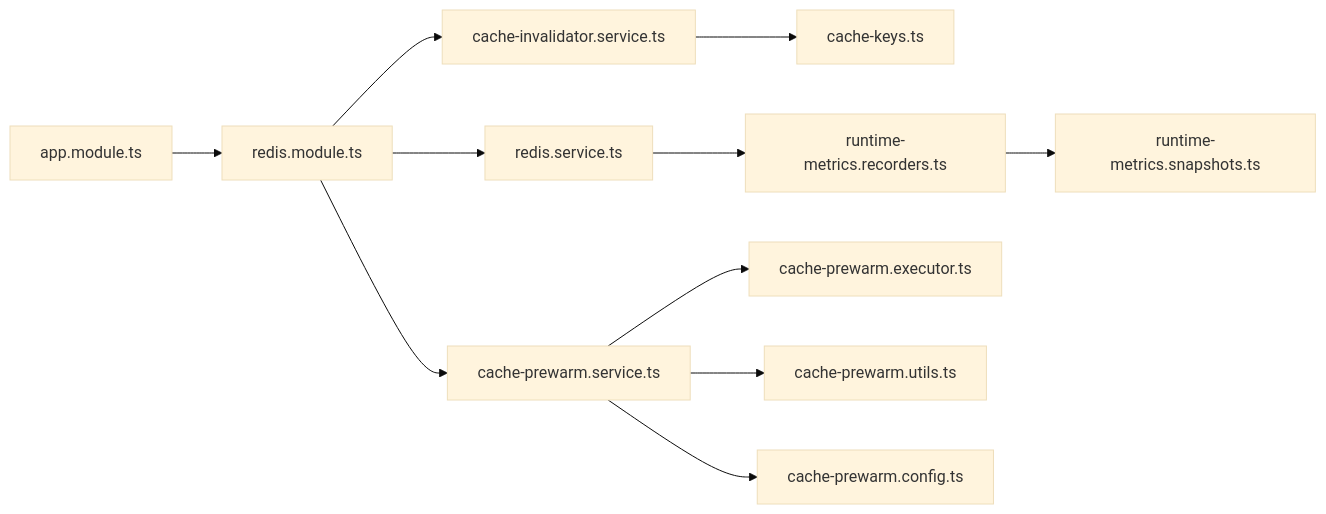
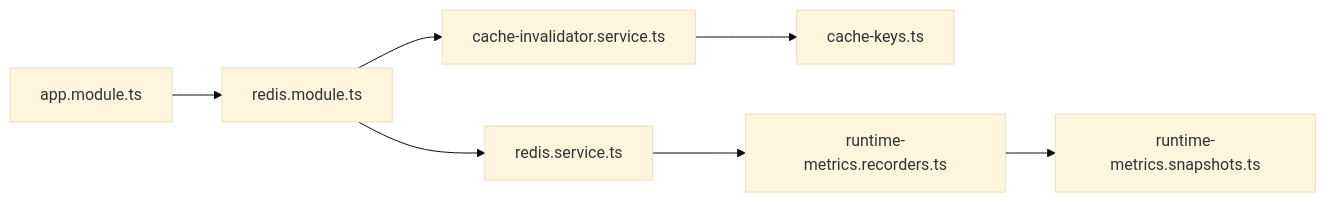
The fifth of 5 diagrams in .qoder/repowiki/zh/content/缓存系统/缓存失效管理.md (rc558620/purelyprofit-server), drawn with Mermaid (base theme) before and after one commit. The commit also changed other lines of this file and 65 other files, not shown here.

````diff
--- a/.qoder/repowiki/zh/content/缓存系统/缓存失效管理.md
+++ b/.qoder/repowiki/zh/content/缓存系统/缓存失效管理.md
@@ -320,13 +222,9 @@
 ```mermaid
 graph LR
 App["app.module.ts"] --> RedisModule["redis.module.ts"]
 RedisModule --> RedisSvc["redis.service.ts"]
 RedisModule --> CacheInvalidator["cache-invalidator.service.ts"]
 CacheInvalidator --> CacheKeys["cache-keys.ts"]
 RedisSvc --> MetricsRecorder["runtime-metrics.recorders.ts"]
 MetricsRecorder --> MetricsSnapshot["runtime-metrics.snapshots.ts"]
-RedisModule --> PrewarmSvc["cache-prewarm.service.ts"]
-PrewarmSvc --> PrewarmExec["cache-prewarm.executor.ts"]
-PrewarmSvc --> PrewarmUtils["cache-prewarm.utils.ts"]
-PrewarmSvc --> PrewarmCfg["cache-prewarm.config.ts"]
 ```
````
